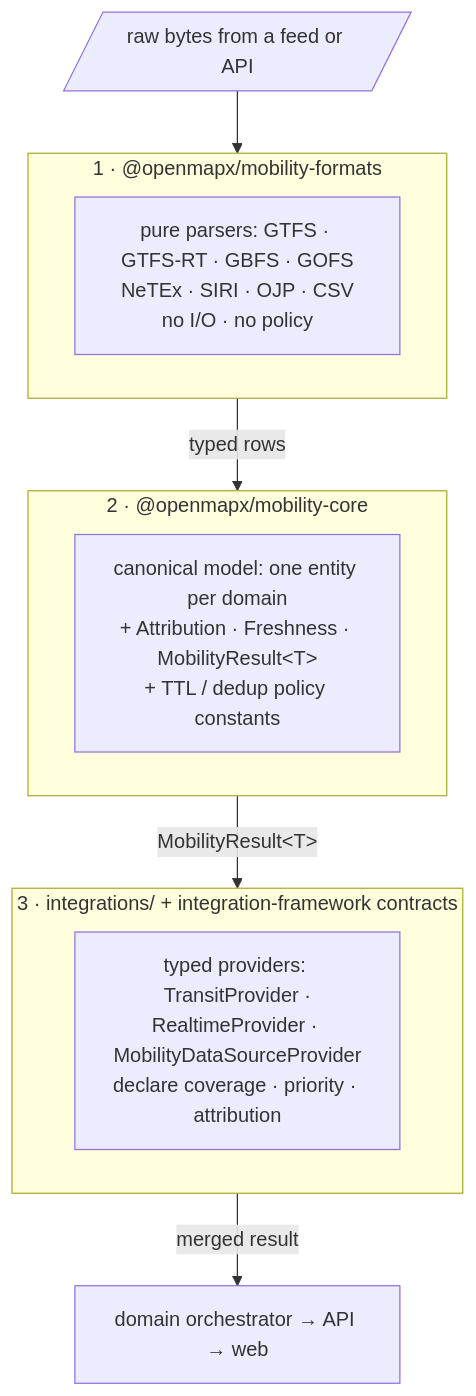
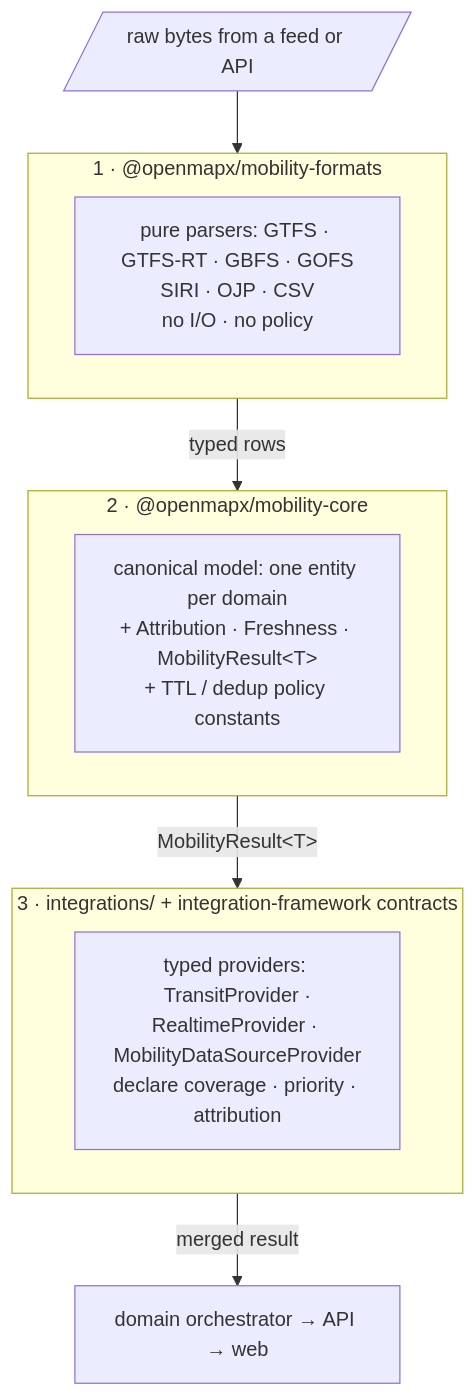
Before and after one commit to OpenMapX/openmapx: the fourth of 4 diagrams in docs/docs/developer/architecture.md, drawn with Mermaid. The commit also changed other lines of this file and 6 other files, not shown here.

First line of the commit message:
chore(mobility-formats): drop the NeTEx parsers nothing reads

````diff
--- a/docs/docs/developer/architecture.md
+++ b/docs/docs/developer/architecture.md
@@ -347,16 +347,16 @@
 ```mermaid
 graph TD
     Bytes[/"raw bytes from a feed or API"/] --> F
     subgraph F["1 · @openmapx/mobility-formats"]
-      F1["pure parsers: GTFS · GTFS-RT · GBFS · GOFS<br/>NeTEx · SIRI · OJP · CSV<br/>no I/O · no policy"]
+      F1["pure parsers: GTFS · GTFS-RT · GBFS · GOFS<br/>SIRI · OJP · CSV<br/>no I/O · no policy"]
     end
     F -->|typed rows| MC
     subgraph MC["2 · @openmapx/mobility-core"]
       MC1["canonical model: one entity per domain<br/>+ Attribution · Freshness · MobilityResult&lt;T&gt;<br/>+ TTL / dedup policy constants"]
     end
     MC -->|MobilityResult&lt;T&gt;| INT
     subgraph INT["3 · integrations/ + integration-framework contracts"]
       INT1["typed providers: TransitProvider ·<br/>RealtimeProvider · MobilityDataSourceProvider<br/>declare coverage · priority · attribution"]
     end
     INT -->|merged result| Orc["domain orchestrator → API → web"]
 ```
````
